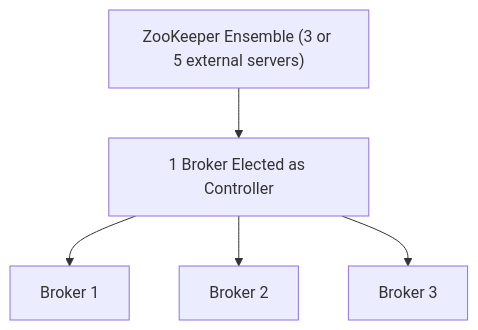
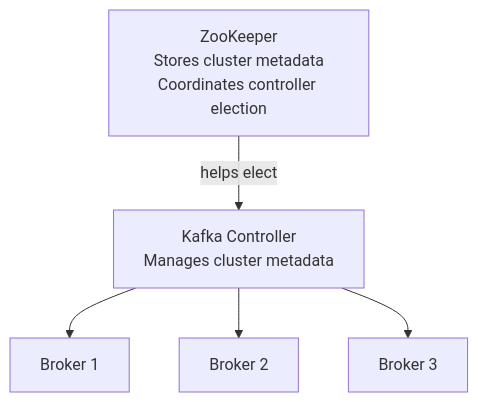
One commit to Siddpawar9222/Obsidian-Vault changed the third of 22 diagrams in Inbox/kafka/008-KRaft_and_Cluster_Consensus.md. Above: the diagram before and after it, drawn with Mermaid. The commit also changed other lines of this file and 2 other files, not shown here.

Commit message:
revision kafka

````diff
--- a/Inbox/kafka/008-KRaft_and_Cluster_Consensus.md
+++ b/Inbox/kafka/008-KRaft_and_Cluster_Consensus.md
@@ -30,7 +104,12 @@
 ```mermaid
-graph TD
-    ZK["ZooKeeper Ensemble (3 or 5 external servers)"] --> C["1 Broker Elected as Controller"]
-    C --> B1[Broker 1]
-    C --> B2[Broker 2]
-    C --> B3[Broker 3]
+flowchart TD
+    ZK["ZooKeeper<br/>Stores cluster metadata<br/>Coordinates controller election"]
+    KC["Kafka Controller<br/>Manages cluster metadata"]
+    B1["Broker 1"]
+    B2["Broker 2"]
+    B3["Broker 3"]
+    ZK -->|"helps elect"| KC
+    KC --> B1
+    KC --> B2
+    KC --> B3
 ```
````
